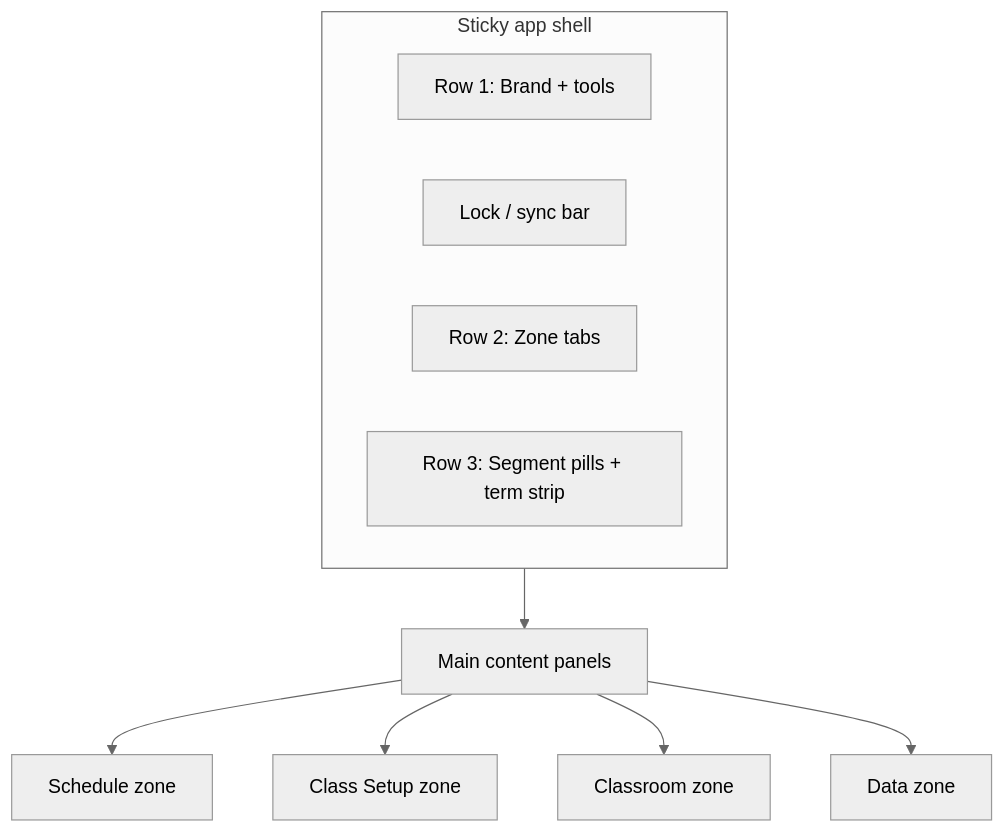
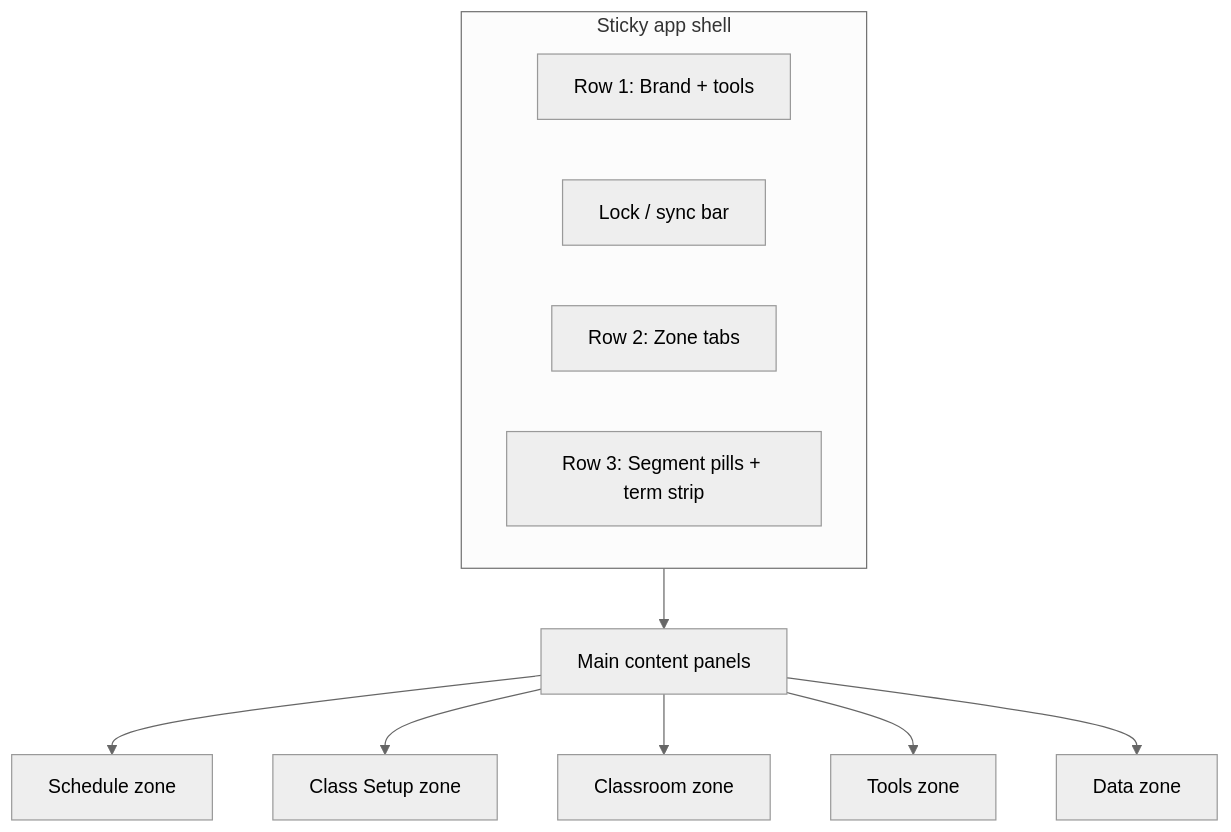
Before and after one commit to nathanksimpson/classcalendarmultiuser: the diagram in CLAUDE_DESIGN_STATUS.md, drawn with Mermaid (neutral theme). The commit also changed other lines of this file and 88 other files, not shown here.

````diff
--- a/CLAUDE_DESIGN_STATUS.md
+++ b/CLAUDE_DESIGN_STATUS.md
@@ -31,14 +31,15 @@
 ```mermaid
 flowchart TB
     subgraph shell [Sticky app shell]
         R1[Row 1: Brand + tools]
         LSB[Lock / sync bar]
         R2[Row 2: Zone tabs]
         R3[Row 3: Segment pills + term strip]
     end
   shell --> main[Main content panels]
     main --> schedule[Schedule zone]
     main --> classes[Class Setup zone]
     main --> classroom[Classroom zone]
+    main --> tools[Tools zone]
     main --> data[Data zone]
 ```
````
